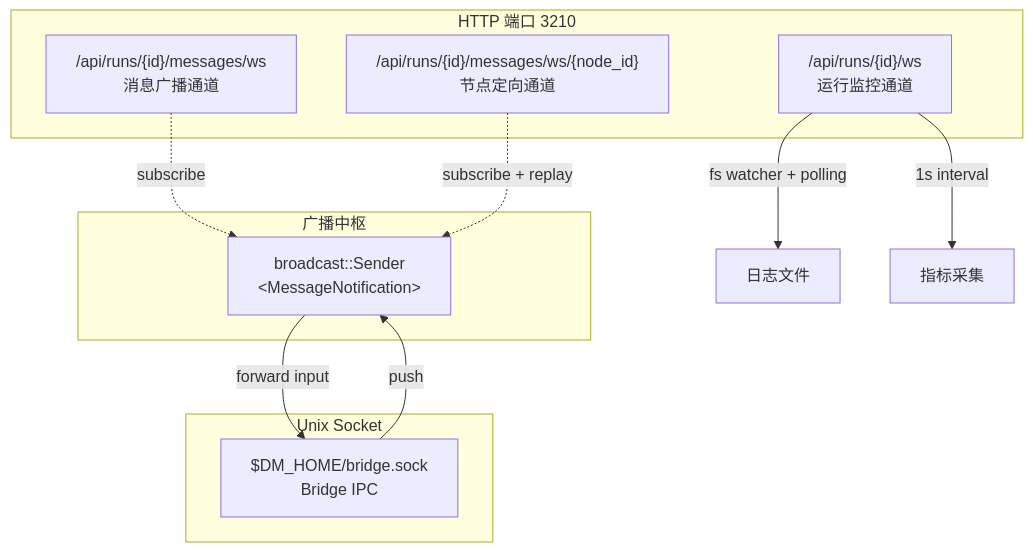
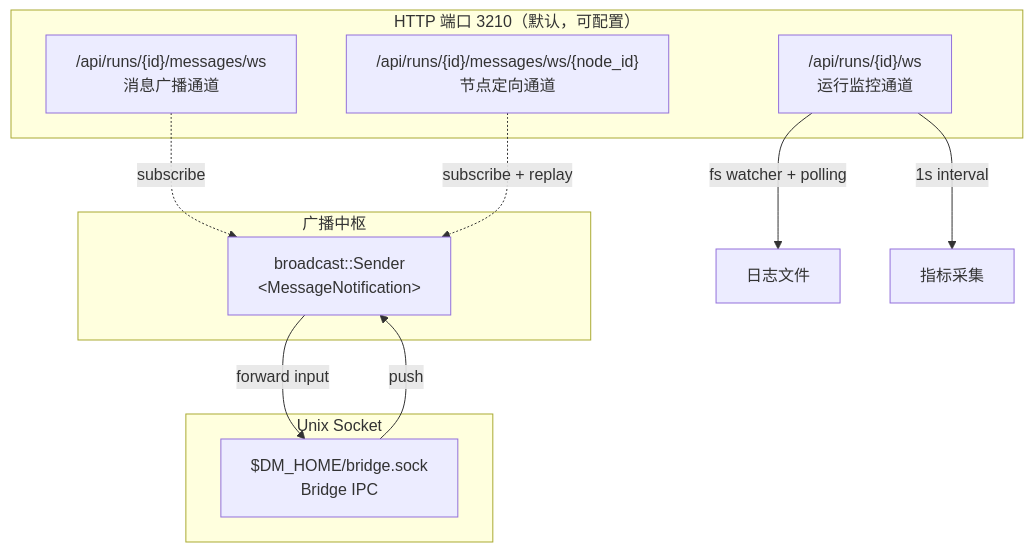
Before and after one commit to l1veIn/dora-manager: the second of 2 diagrams in wiki/zh/15-http-api.md, drawn with Mermaid. The commit also changed other lines of this file and 11 other files, not shown here.

````diff
--- a/wiki/zh/15-http-api.md
+++ b/wiki/zh/15-http-api.md
@@ -193,24 +204,24 @@
 ```mermaid
 graph TB
-    subgraph "HTTP 端口 3210"
+    subgraph "HTTP 端口 3210（默认，可配置）"
         WS_Run["/api/runs/{id}/ws<br/>运行监控通道"]
         WS_Msg["/api/runs/{id}/messages/ws<br/>消息广播通道"]
         WS_Node["/api/runs/{id}/messages/ws/{node_id}<br/>节点定向通道"]
     end
     
     subgraph "Unix Socket"
         Bridge["$DM_HOME/bridge.sock<br/>Bridge IPC"]
     end
     
     subgraph "广播中枢"
         BC["broadcast::Sender<br/>&lt;MessageNotification&gt;"]
     end
     
     WS_Msg -.->|subscribe| BC
     WS_Node -.->|subscribe + replay| BC
     Bridge -->|push| BC
     BC -->|forward input| Bridge
     
     WS_Run -->|fs watcher + polling| Logs["日志文件"]
     WS_Run -->|1s interval| Metrics["指标采集"]
 ```
````
